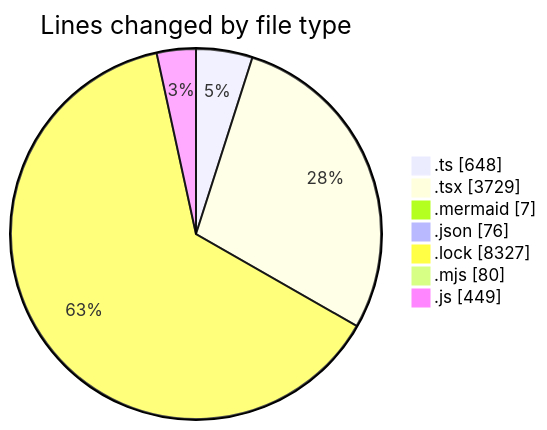
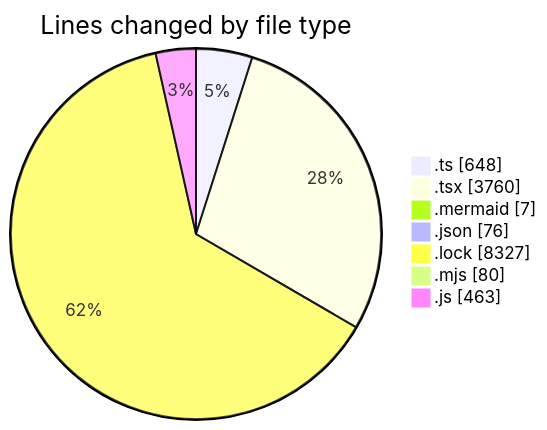
One commit to momahboobian/code-tracking changed the first of 2 diagrams in 2026-09-08/cda/README.md. Above: the diagram before and after it, drawn with Mermaid. The commit also changed other lines of this file and 1 other file, not shown here.

````diff
--- a/2026-09-08/cda/README.md
+++ b/2026-09-08/cda/README.md
@@ -49,11 +49,11 @@
 ```mermaid
 pie showData
 title Lines changed by file type
 ".ts" : 648
-".tsx" : 3729
+".tsx" : 3760
 ".mermaid" : 7
 ".json" : 76
 ".lock" : 8327
 ".mjs" : 80
-".js" : 449
+".js" : 463
 ```
````
